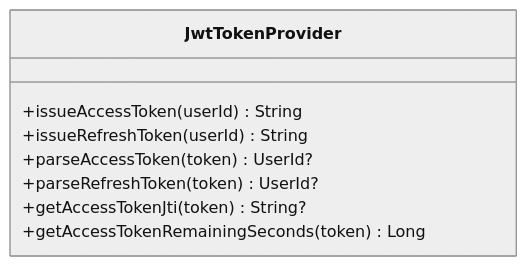
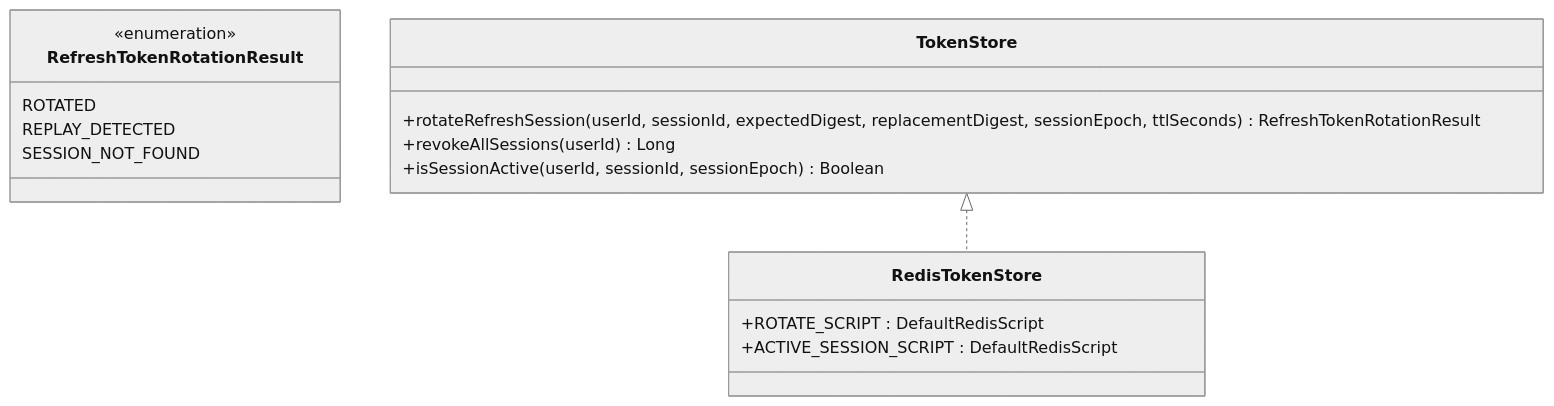
One commit to ddd-mall/j-store changed the fourth of 9 diagrams in .qoder/repowiki/en/content/User Authentication Module/User Authentication Module.md. Above: the diagram before and after it, drawn with Mermaid (neutral theme). The commit also changed other lines of this file and 334 other files, not shown here.

````diff
--- a/.qoder/repowiki/en/content/User Authentication Module/User Authentication Module.md
+++ b/.qoder/repowiki/en/content/User Authentication Module/User Authentication Module.md
@@ -193,11 +199,19 @@
 ```mermaid
 classDiagram
-class JwtTokenProvider {
-+issueAccessToken(userId) String
-+issueRefreshToken(userId) String
-+parseAccessToken(token) UserId?
-+parseRefreshToken(token) UserId?
-+getAccessTokenJti(token) String?
-+getAccessTokenRemainingSeconds(token) Long
+class RefreshTokenRotationResult {
+<<enumeration>>
+ROTATED
+REPLAY_DETECTED
+SESSION_NOT_FOUND
 }
+class TokenStore {
++rotateRefreshSession(userId, sessionId, expectedDigest, replacementDigest, sessionEpoch, ttlSeconds) RefreshTokenRotationResult
++revokeAllSessions(userId) Long
++isSessionActive(userId, sessionId, sessionEpoch) Boolean
+}
+class RedisTokenStore {
++ROTATE_SCRIPT : DefaultRedisScript
++ACTIVE_SESSION_SCRIPT : DefaultRedisScript
+}
+TokenStore <|.. RedisTokenStore
 ```
````
